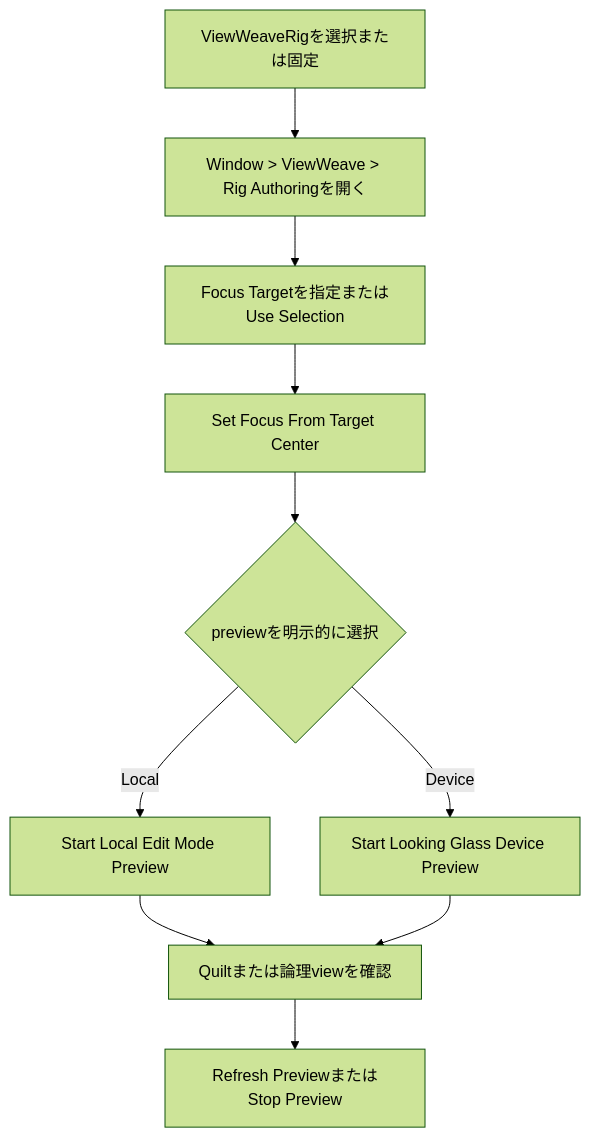
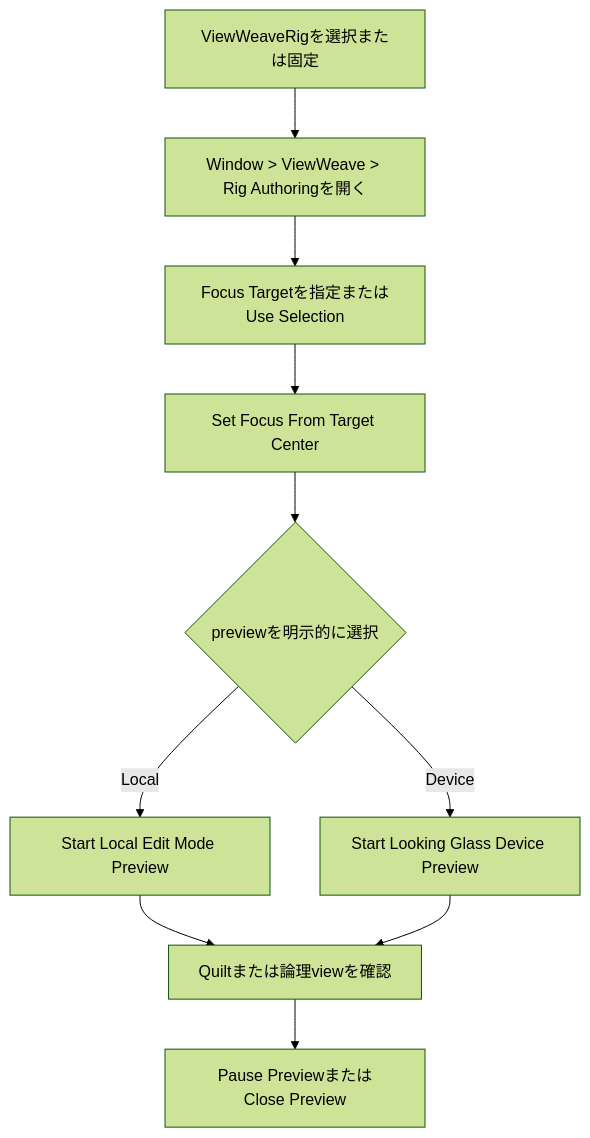
The first of 4 diagrams in docs/ja/quilt-authoring.md (zabaglione/ViewWeave), drawn with Mermaid (forest theme) before and after one commit. The commit also changed other lines of this file and 34 other files, not shown here.

Commit message:
fix: reuse Edit Mode preview resources across pause and resume

````diff
--- a/docs/ja/quilt-authoring.md
+++ b/docs/ja/quilt-authoring.md
@@ -19,12 +19,12 @@
 ```mermaid
 flowchart TB
     Rig["ViewWeaveRigを選択または固定"] --> Window["Window > ViewWeave > Rig Authoringを開く"]
     Window --> Target["Focus Targetを指定またはUse Selection"]
     Target --> Focus["Set Focus From Target Center"]
     Focus --> Preview{"previewを明示的に選択"}
     Preview -->|Local| Local["Start Local Edit Mode Preview"]
     Preview -->|Device| Device["Start Looking Glass Device Preview"]
     Local --> Inspect["Quiltまたは論理viewを確認"]
     Device --> Inspect
-    Inspect --> Stop["Refresh PreviewまたはStop Preview"]
+    Inspect --> Stop["Pause PreviewまたはClose Preview"]
 ```
````
